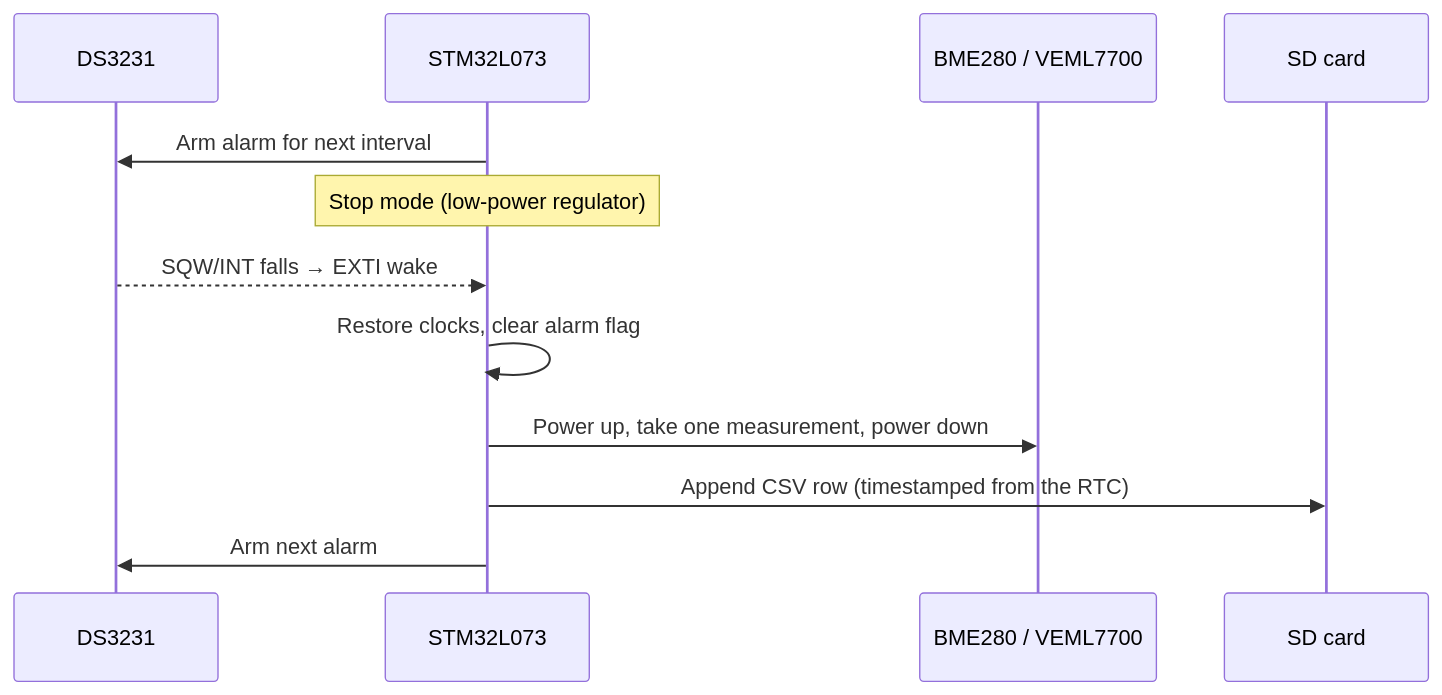
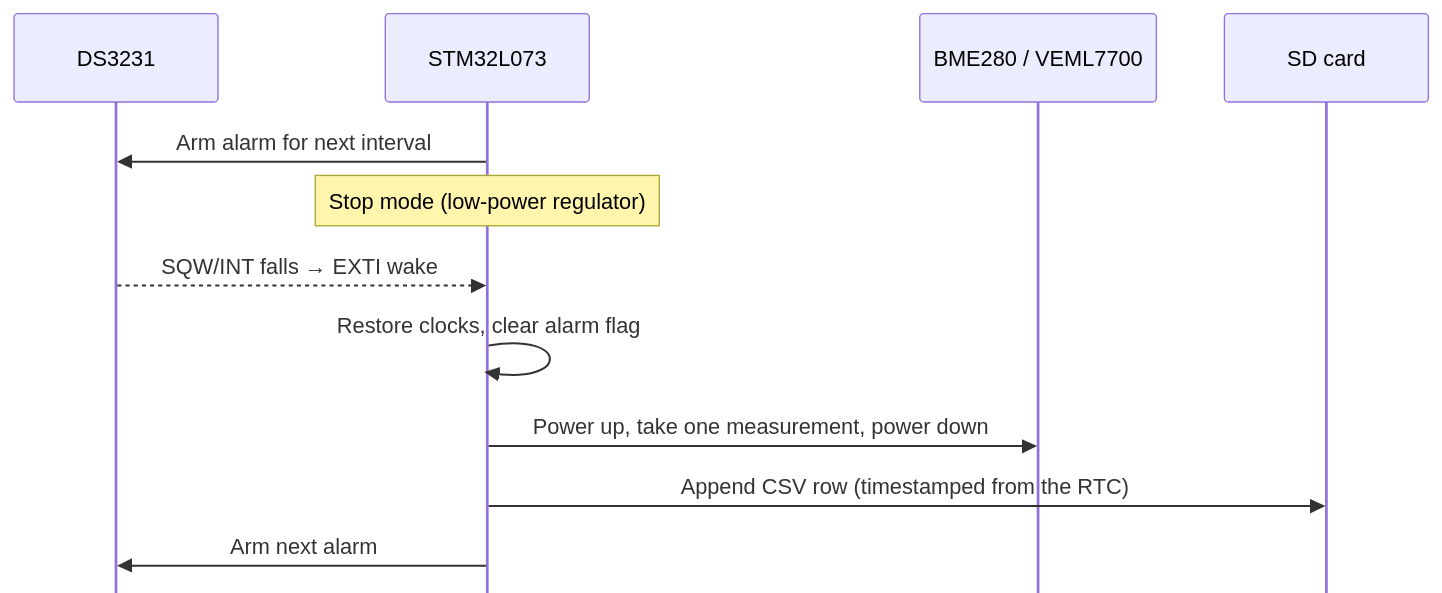
Before and after one commit to joe-eldridge/stm32_cpp_environment_monitor: the diagram in README.md, drawn with Mermaid.

Commit message:
Hide repeated participant boxes in README diagram

````diff
--- a/README.md
+++ b/README.md
@@ -34,14 +34,15 @@
 ```mermaid
+%%{init: {"sequence": {"mirrorActors": false}}}%%
 sequenceDiagram
     participant RTC as DS3231
     participant MCU as STM32L073
     participant S as BME280 / VEML7700
     participant SD as SD card
     MCU->>RTC: Arm alarm for next interval
     Note over MCU: Stop mode (low-power regulator)
     RTC-->>MCU: SQW/INT falls → EXTI wake
     MCU->>MCU: Restore clocks, clear alarm flag
     MCU->>S: Power up, take one measurement, power down
     MCU->>SD: Append CSV row (timestamped from the RTC)
     MCU->>RTC: Arm next alarm
 ```
````
